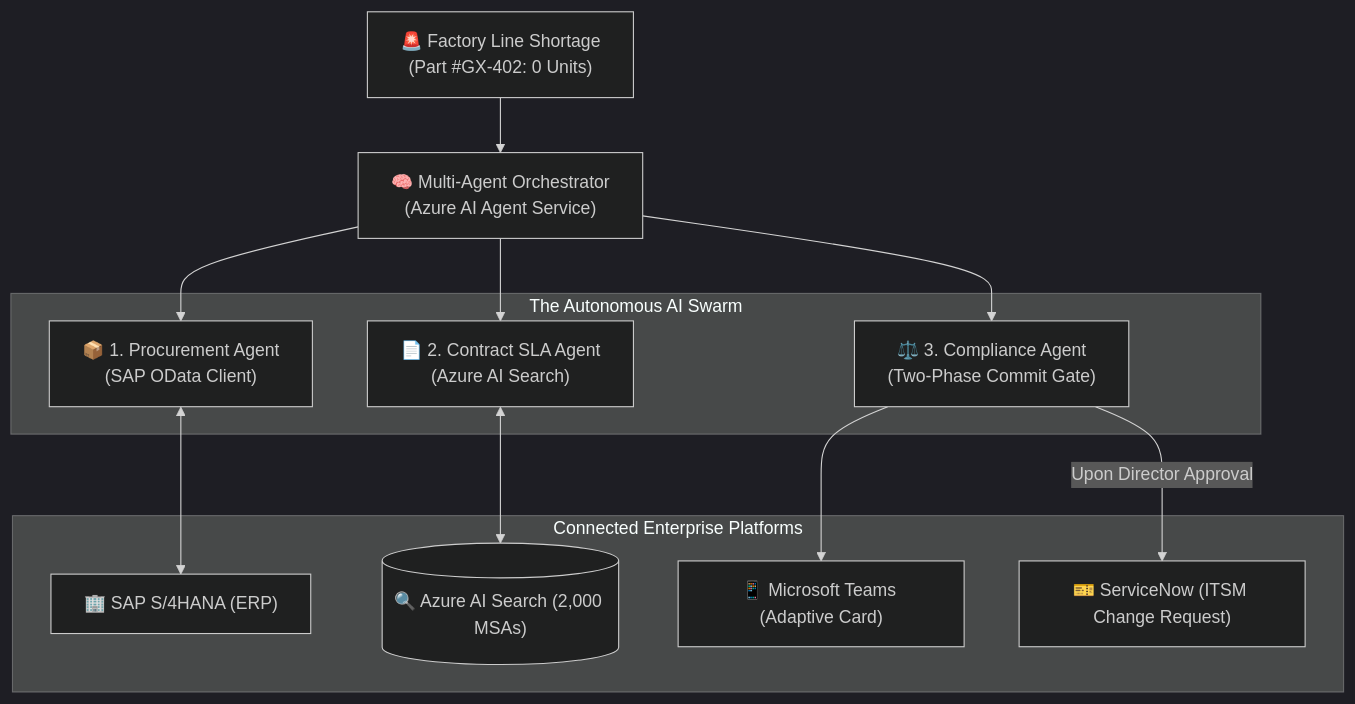
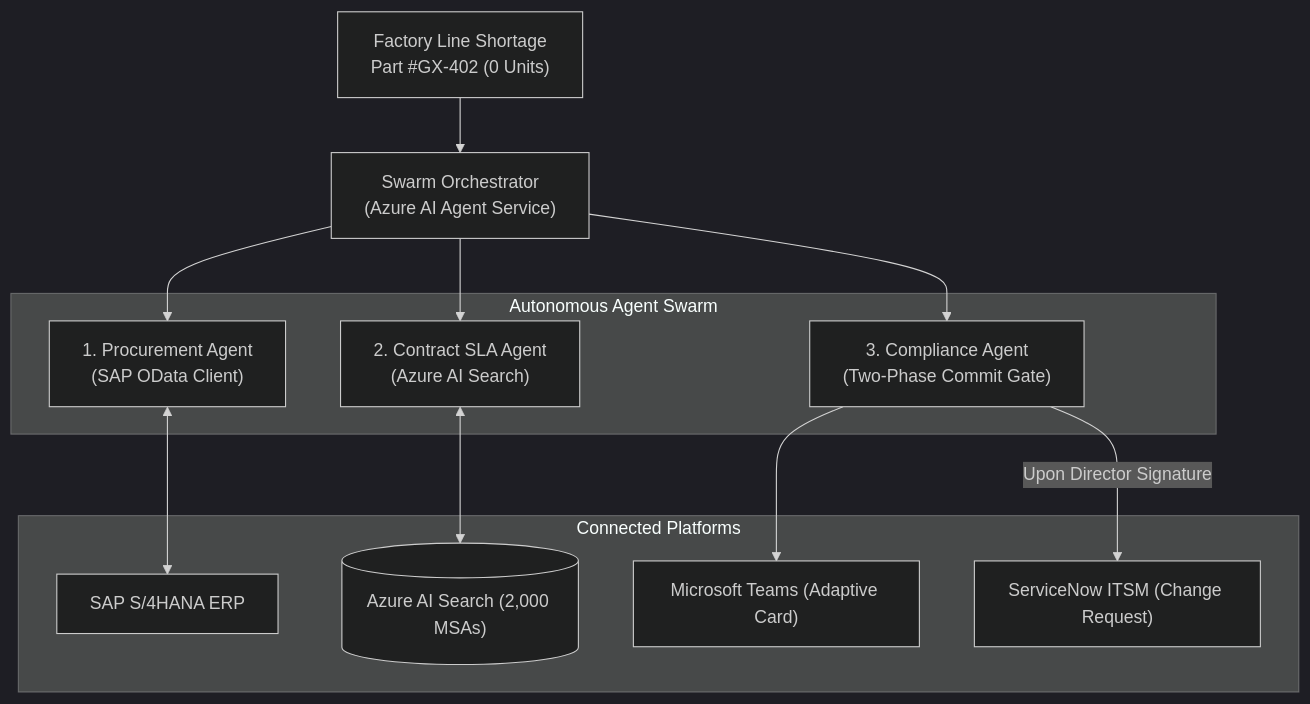
One commit to nithin42/nithin-blog changed the first of 2 diagrams in src/content/blog/architecting-autonomous-erp-swarm-azure-ai-foundry.mdx. Above: the diagram before and after it, drawn with Mermaid (dark theme). The commit also changed other lines of this file, not shown here.

Commit message:
docs(blog): refine autonomous ERP swarm article to strict practitioner tone

````diff
--- a/src/content/blog/architecting-autonomous-erp-swarm-azure-ai-foundry.mdx
+++ b/src/content/blog/architecting-autonomous-erp-swarm-azure-ai-foundry.mdx
@@ -45,22 +28,22 @@
 ```mermaid
 flowchart TD
-    Sensor["🚨 Factory Line Shortage<br>(Part #GX-402: 0 Units)"] --> Orchestrator["🧠 Multi-Agent Orchestrator<br>(Azure AI Agent Service)"]
+    Shortage["Factory Line Shortage<br>Part #GX-402 (0 Units)"] --> Orchestrator["Swarm Orchestrator<br>(Azure AI Agent Service)"]
 
-    subgraph Swarm ["The Autonomous AI Swarm"]
-        Procurement["📦 1. Procurement Agent<br>(SAP OData Client)"]
-        Contract["📄 2. Contract SLA Agent<br>(Azure AI Search)"]
-        Compliance["⚖️ 3. Compliance Agent<br>(Two-Phase Commit Gate)"]
+    subgraph Swarm ["Autonomous Agent Swarm"]
+        Procurement["1. Procurement Agent<br>(SAP OData Client)"]
+        Contract["2. Contract SLA Agent<br>(Azure AI Search)"]
+        Compliance["3. Compliance Agent<br>(Two-Phase Commit Gate)"]
     end
 
-    subgraph Systems ["Connected Enterprise Platforms"]
-        SAP["🏢 SAP S/4HANA (ERP)"]
-        Search[("🔍 Azure AI Search (2,000 MSAs)")]
-        Teams["📱 Microsoft Teams (Adaptive Card)"]
-        SNOW["🎫 ServiceNow (ITSM Change Request)"]
+    subgraph Enterprise ["Connected Platforms"]
+        SAP["SAP S/4HANA ERP"]
+        Search[("Azure AI Search (2,000 MSAs)")]
+        Teams["Microsoft Teams (Adaptive Card)"]
+        SNOW["ServiceNow ITSM (Change Request)"]
     end
 
     Orchestrator --> Procurement <--> SAP
     Orchestrator --> Contract <--> Search
     Orchestrator --> Compliance --> Teams
-    Compliance -->|Upon Director Approval| SNOW
+    Compliance -->|Upon Director Signature| SNOW
 ```
````
